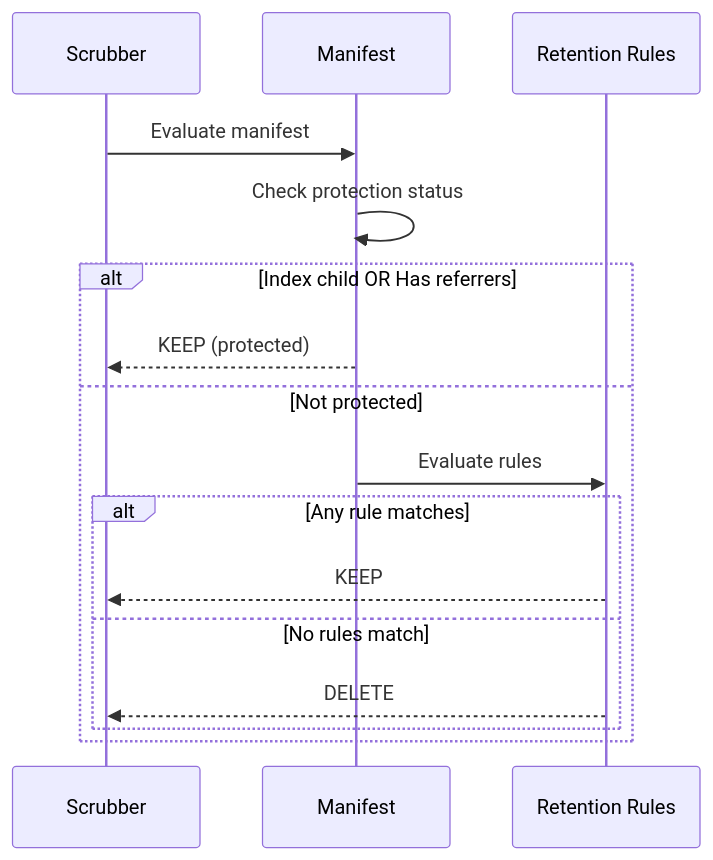
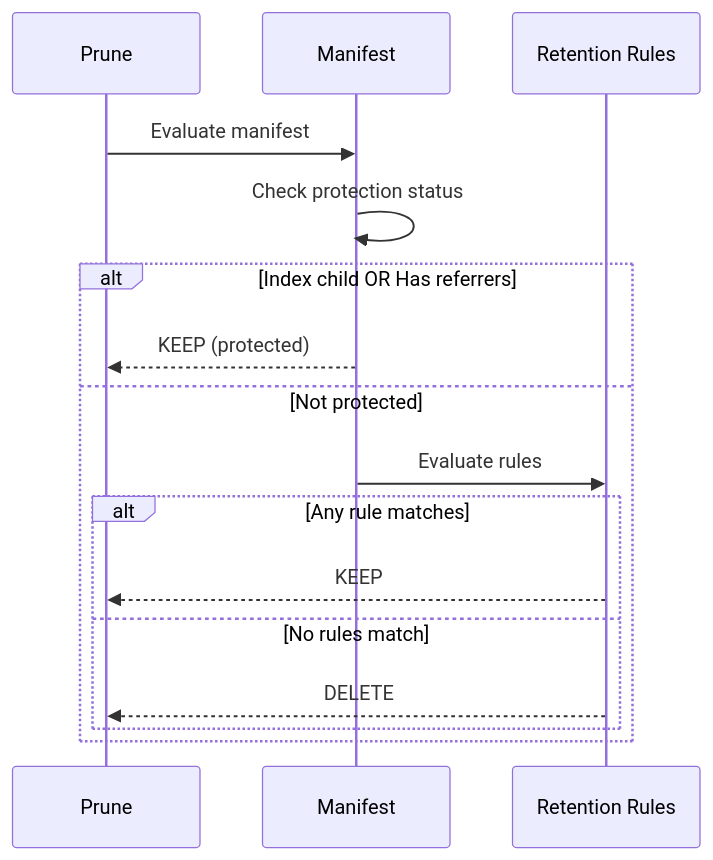
The diagram in doc/how-to/configure-retention-policies.md (project-angos/angos), drawn with Mermaid before and after one commit. The commit also changed 30 other files, not shown here.

````diff
--- a/doc/how-to/configure-retention-policies.md
+++ b/doc/how-to/configure-retention-policies.md
@@ -20,19 +20,19 @@
 ```mermaid
 sequenceDiagram
-    participant S as Scrubber
+    participant S as Prune
     participant M as Manifest
     participant R as Retention Rules
 
     S->>M: Evaluate manifest
     M->>M: Check protection status
     alt Index child OR Has referrers
         M-->>S: KEEP (protected)
     else Not protected
         M->>R: Evaluate rules
         alt Any rule matches
             R-->>S: KEEP
         else No rules match
             R-->>S: DELETE
         end
     end
 ```
````
